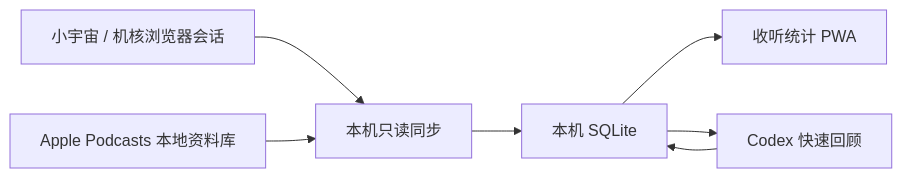
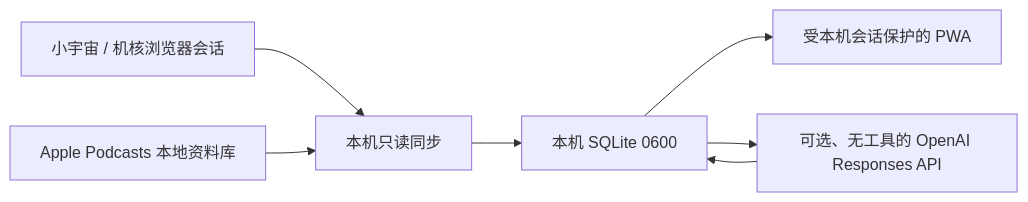
The diagram in README.md (eudaemoniaYH/echo-podcast-memory), drawn with Mermaid before and after one commit. The commit also changed other lines of this file and 38 other files, not shown here.

````diff
--- a/README.md
+++ b/README.md
@@ -19,9 +21,9 @@
 ```mermaid
 flowchart LR
   A["小宇宙 / 机核浏览器会话"] --> D["本机只读同步"]
   B["Apple Podcasts 本地资料库"] --> D
-  D --> E["本机 SQLite"]
-  E --> F["收听统计 PWA"]
-  E --> G["Codex 快速回顾"]
+  D --> E["本机 SQLite 0600"]
+  E --> F["受本机会话保护的 PWA"]
+  E --> G["可选、无工具的 OpenAI Responses API"]
   G --> E
 ```
````
